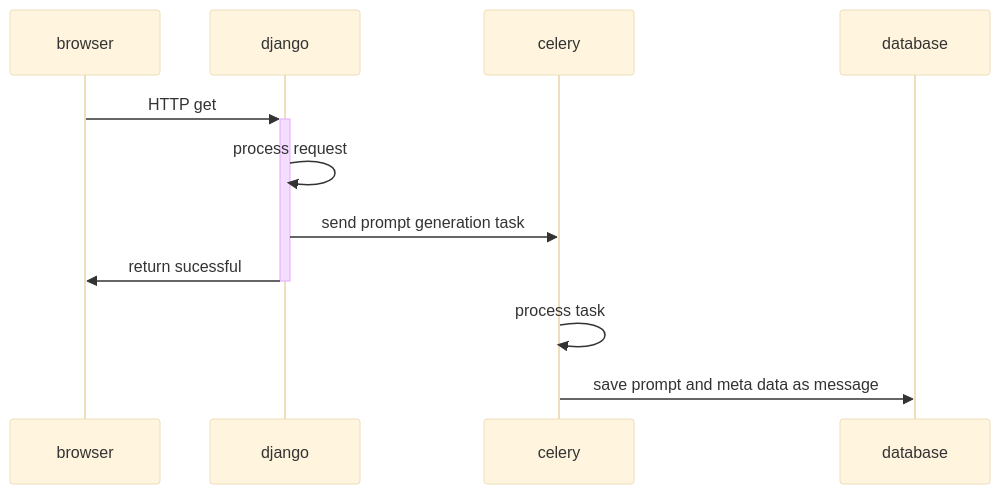
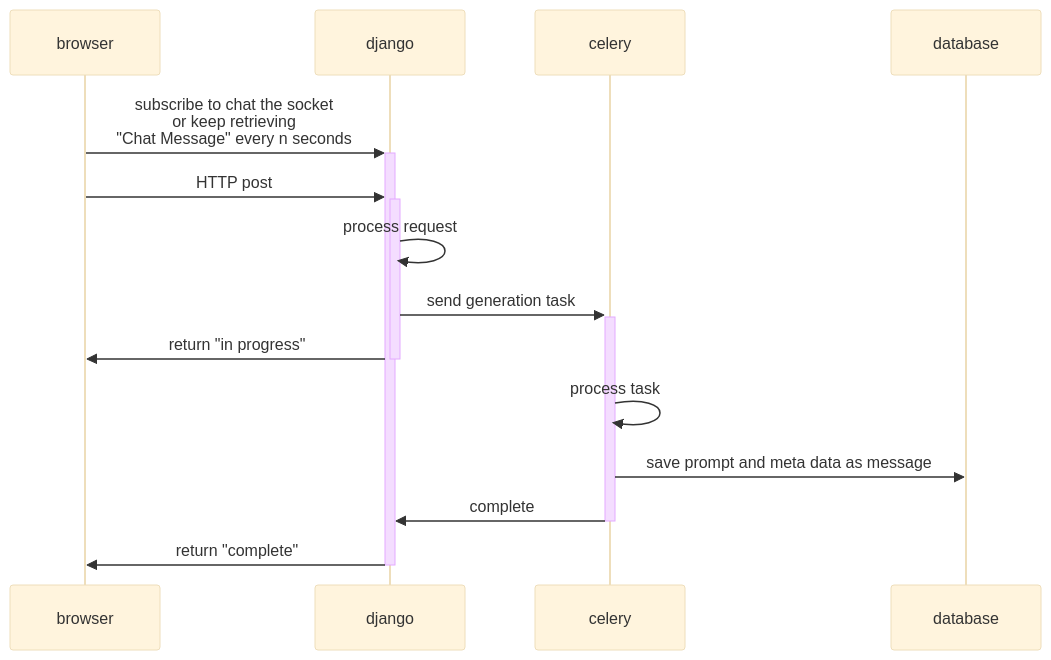
One commit to RadstalST/SwinTAP-healthcareChatBot changed the first of 3 diagrams in README.md. Above: the diagram before and after it, drawn with Mermaid (base theme). The commit also changed other lines of this file and 3 other files, not shown here.

````diff
--- a/README.md
+++ b/README.md
@@ -16,15 +16,18 @@
 ```mermaid
 sequenceDiagram
 
     participant browser
     participant django
     participant celery
     participant database
-    
-    browser->>+django: HTTP get
+    browser->>+django: subscribe to chat the socket <br/>or keep retrieving <br/>"Chat Message" every n seconds
+    browser->>+django: HTTP post
     django->>django: process request
-    django->>celery: send prompt generation task
-    django->>-browser: return sucessful
+    django->>+celery: send generation task
+    django->>-browser: return "in progress"
     celery->>celery: process task
     celery->>database: save prompt and meta data as message
+    celery->>-django: complete
+    django->>-browser: return "complete"
+
 ```
````
